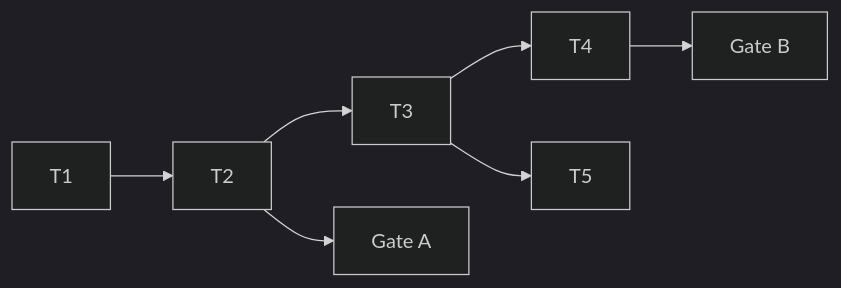
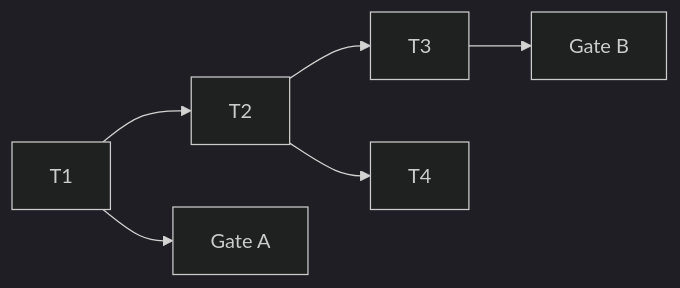
Before and after one commit to effiy/YrY: the third of 3 diagrams in skills/rui/templates/feature-document.md, drawn with Mermaid (dark theme). The commit also changed other lines of this file and 6 other files, not shown here.

````diff
--- a/skills/rui/templates/feature-document.md
+++ b/skills/rui/templates/feature-document.md
@@ -163,7 +147,7 @@
 ```mermaid
 graph LR
-    T1 --> T2 --> T3 --> T4
-    T2 --> T6[Gate A]
-    T3 --> T5
-    T4 --> T7[Gate B]
+    T1 --> T2 --> T3
+    T1 --> T5[Gate A]
+    T2 --> T4
+    T3 --> T6[Gate B]
 ```
````
